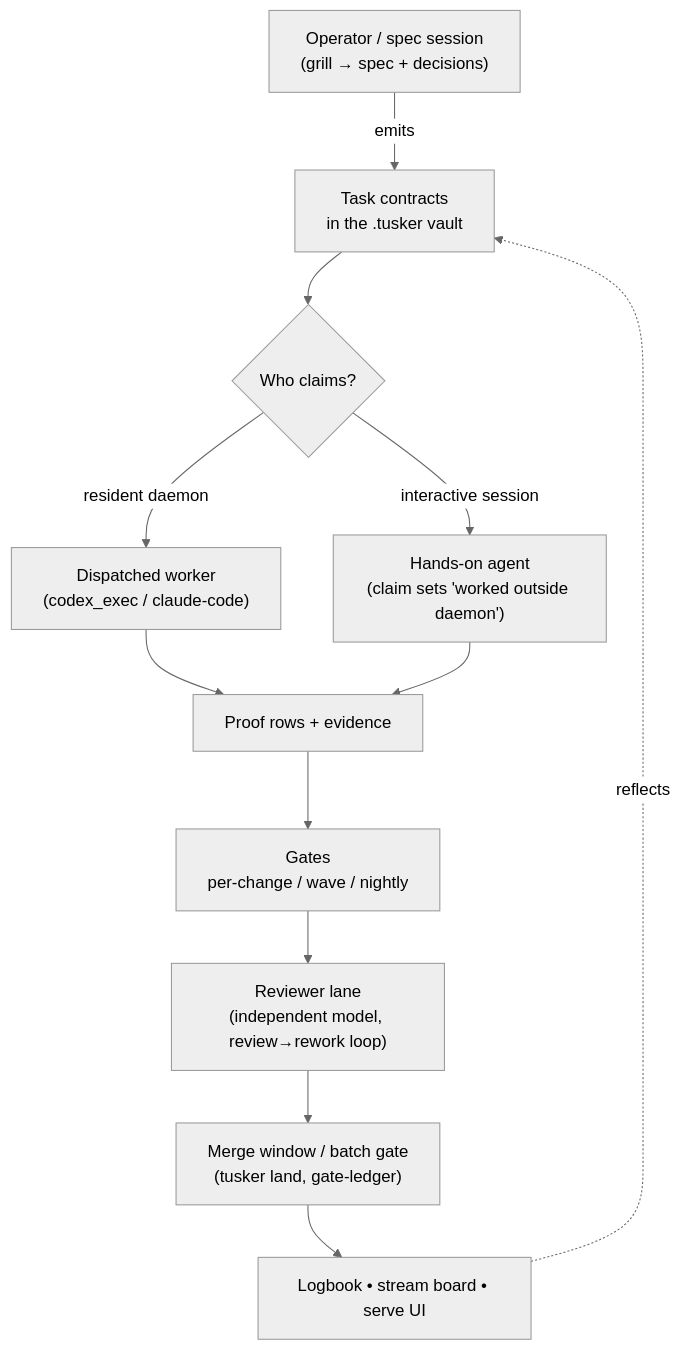
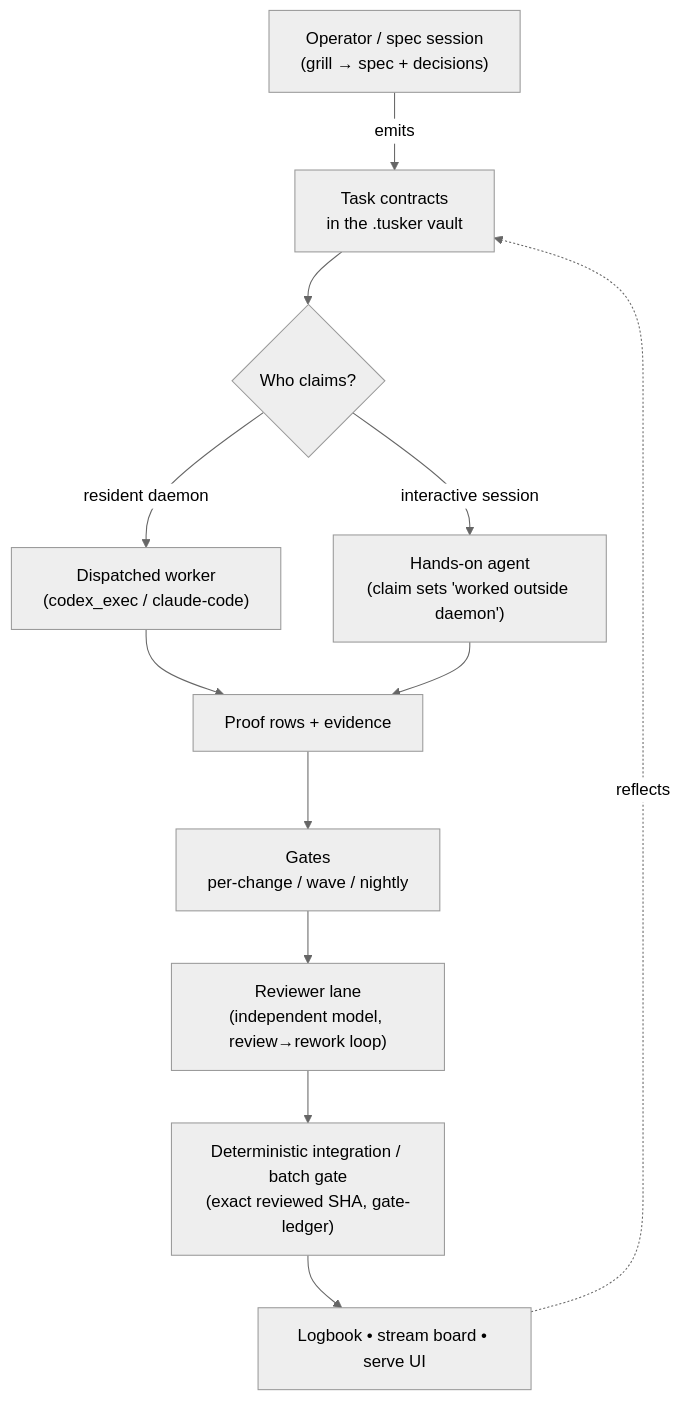
Before and after one commit to srv1n/tusker: the first of 2 diagrams in docs/system/00-overview.md, drawn with Mermaid (neutral theme). The commit also changed other lines of this file and 18 other files, not shown here.

````diff
--- a/docs/system/00-overview.md
+++ b/docs/system/00-overview.md
@@ -40,14 +40,14 @@
 ```mermaid
 flowchart TD
     spec["Operator / spec session\n(grill → spec + decisions)"] -->|emits| vault["Task contracts\nin the .tusker vault"]
     vault --> claim{"Who claims?"}
     claim -->|resident daemon| worker["Dispatched worker\n(codex_exec / claude-code)"]
     claim -->|interactive session| worker2["Hands-on agent\n(claim sets 'worked outside daemon')"]
     worker --> proof["Proof rows + evidence"]
     worker2 --> proof
     proof --> gates["Gates\nper-change / wave / nightly"]
     gates --> review["Reviewer lane\n(independent model, review→rework loop)"]
-    review --> land["Merge window / batch gate\n(tusker land, gate-ledger)"]
+    review --> land["Deterministic integration / batch gate\n(exact reviewed SHA, gate-ledger)"]
     land --> views["Logbook • stream board • serve UI"]
     views -.reflects.-> vault
 ```
````
